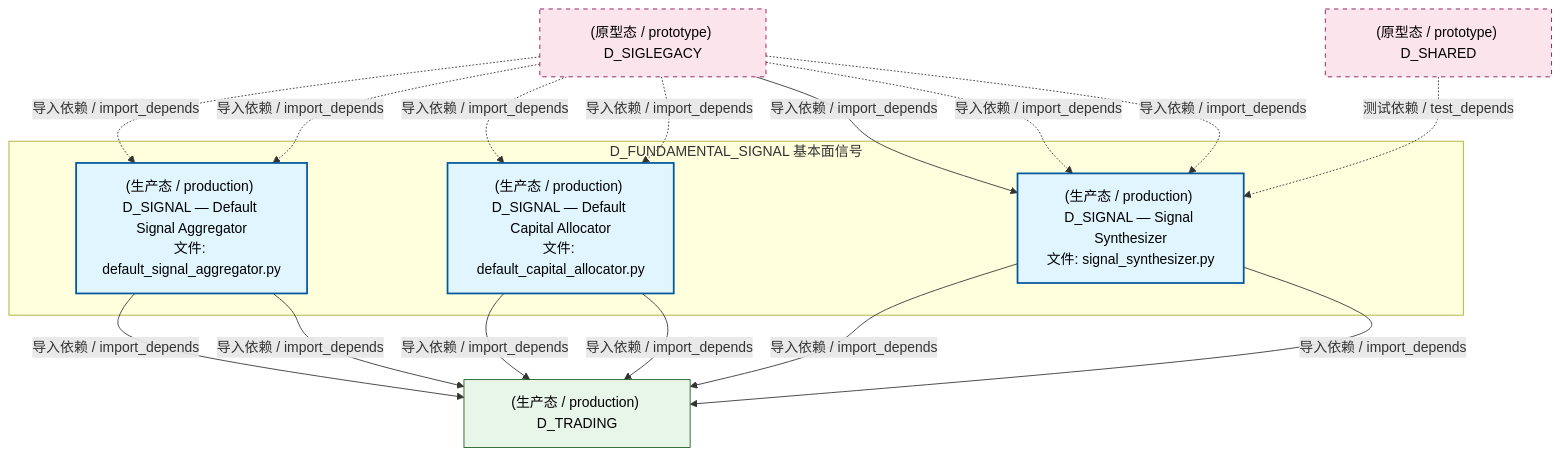
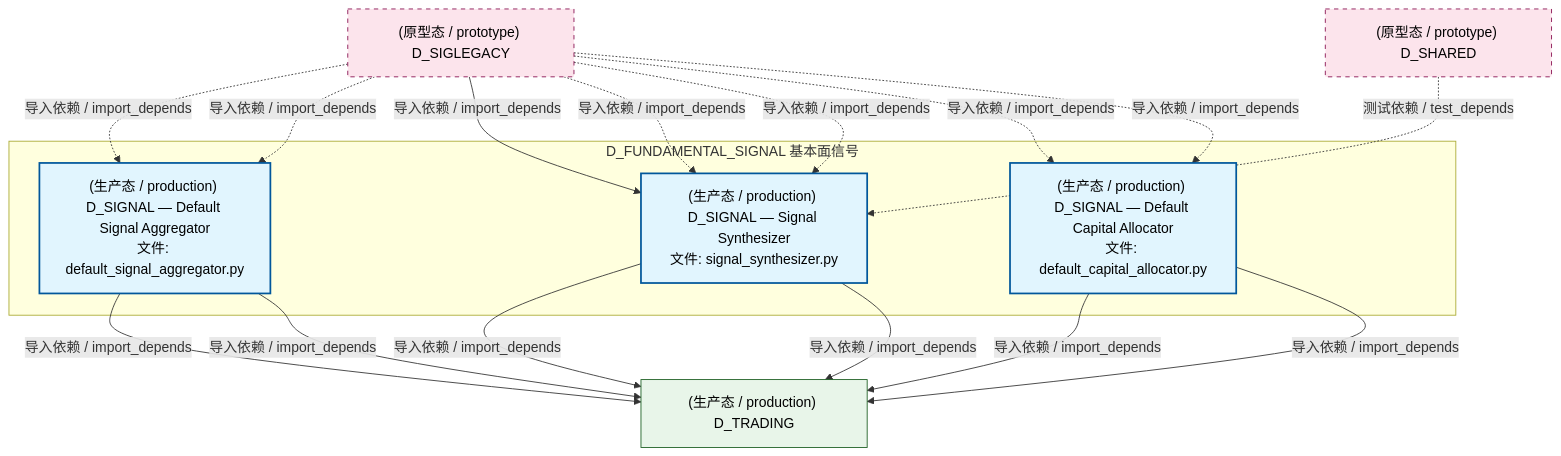
The second of 4 diagrams in docs/02_enterprise_architecture/02_domain_architecture_docs/37_d_fundamental_signal.md (xuanFelixVan/ZephyrAlpha), drawn with Mermaid before and after one commit. The commit also changed other lines of this file and 126 other files, not shown here.

````diff
--- a/docs/02_enterprise_architecture/02_domain_architecture_docs/37_d_fundamental_signal.md
+++ b/docs/02_enterprise_architecture/02_domain_architecture_docs/37_d_fundamental_signal.md
@@ -134,32 +134,32 @@
 ```mermaid
 graph TD
     subgraph D_FUNDAMENTAL_SIGNAL["D_FUNDAMENTAL_SIGNAL 基本面信号"]
         src_zephyr_signal_fundamental_gen_implementations_default_signal_aggregator_py["(生产态 / production) D_SIGNAL — Default Signal Aggregator<br/>文件: default_signal_aggregator.py"]
         src_zephyr_signal_fundamental_strategy_implementations_default_capital_allocator_py["(生产态 / production) D_SIGNAL — Default Capital Allocator<br/>文件: default_capital_allocator.py"]
         src_zephyr_signal_fundamental_synth_signal_synthesizer_py["(生产态 / production) D_SIGNAL — Signal Synthesizer<br/>文件: signal_synthesizer.py"]
     end
     D_TRADING["(生产态 / production) D_TRADING"]
     src_zephyr_signal_fundamental_gen_implementations_default_signal_aggregator_py -->|导入依赖 / import_depends| D_TRADING
     src_zephyr_signal_fundamental_gen_implementations_default_signal_aggregator_py -->|导入依赖 / import_depends| D_TRADING
     src_zephyr_signal_fundamental_strategy_implementations_default_capital_allocator_py -->|导入依赖 / import_depends| D_TRADING
+    src_zephyr_signal_fundamental_synth_signal_synthesizer_py -->|导入依赖 / import_depends| D_TRADING
     src_zephyr_signal_fundamental_strategy_implementations_default_capital_allocator_py -->|导入依赖 / import_depends| D_TRADING
-    src_zephyr_signal_fundamental_synth_signal_synthesizer_py -->|导入依赖 / import_depends| D_TRADING
     src_zephyr_signal_fundamental_synth_signal_synthesizer_py -->|导入依赖 / import_depends| D_TRADING
     D_SIGLEGACY["(原型态 / prototype) D_SIGLEGACY"]
     D_SIGLEGACY -.->|导入依赖 / import_depends| src_zephyr_signal_fundamental_gen_implementations_default_signal_aggregator_py
     D_SIGLEGACY -.->|导入依赖 / import_depends| src_zephyr_signal_fundamental_gen_implementations_default_signal_aggregator_py
+    D_SIGLEGACY -->|导入依赖 / import_depends| src_zephyr_signal_fundamental_synth_signal_synthesizer_py
+    D_SHARED["(原型态 / prototype) D_SHARED"]
+    D_SHARED -.->|测试依赖 / test_depends| src_zephyr_signal_fundamental_synth_signal_synthesizer_py
+    D_SIGLEGACY -.->|导入依赖 / import_depends| src_zephyr_signal_fundamental_synth_signal_synthesizer_py
+    D_SIGLEGACY -.->|导入依赖 / import_depends| src_zephyr_signal_fundamental_synth_signal_synthesizer_py
     D_SIGLEGACY -.->|导入依赖 / import_depends| src_zephyr_signal_fundamental_strategy_implementations_default_capital_allocator_py
     D_SIGLEGACY -.->|导入依赖 / import_depends| src_zephyr_signal_fundamental_strategy_implementations_default_capital_allocator_py
-    D_SIGLEGACY -->|导入依赖 / import_depends| src_zephyr_signal_fundamental_synth_signal_synthesizer_py
-    D_SIGLEGACY -.->|导入依赖 / import_depends| src_zephyr_signal_fundamental_synth_signal_synthesizer_py
-    D_SIGLEGACY -.->|导入依赖 / import_depends| src_zephyr_signal_fundamental_synth_signal_synthesizer_py
-    D_SHARED["(原型态 / prototype) D_SHARED"]
-    D_SHARED -.->|测试依赖 / test_depends| src_zephyr_signal_fundamental_synth_signal_synthesizer_py
     classDef production fill:#e1f5fe,stroke:#01579b,stroke-width:2px,color:#000
     classDef design fill:#fff3e0,stroke:#e65100,stroke-width:2px,color:#000,stroke-dasharray: 5 5
     classDef external_prod fill:#e8f5e9,stroke:#1b5e20,stroke-width:1px,color:#000
     classDef external_design fill:#fce4ec,stroke:#880e4f,stroke-width:1px,color:#000,stroke-dasharray: 5 5
     class src_zephyr_signal_fundamental_gen_implementations_default_signal_aggregator_py,src_zephyr_signal_fundamental_strategy_implementations_default_capital_allocator_py,src_zephyr_signal_fundamental_synth_signal_synthesizer_py production
     class D_TRADING external_prod
     class D_SIGLEGACY,D_SHARED external_design
 ```
````
